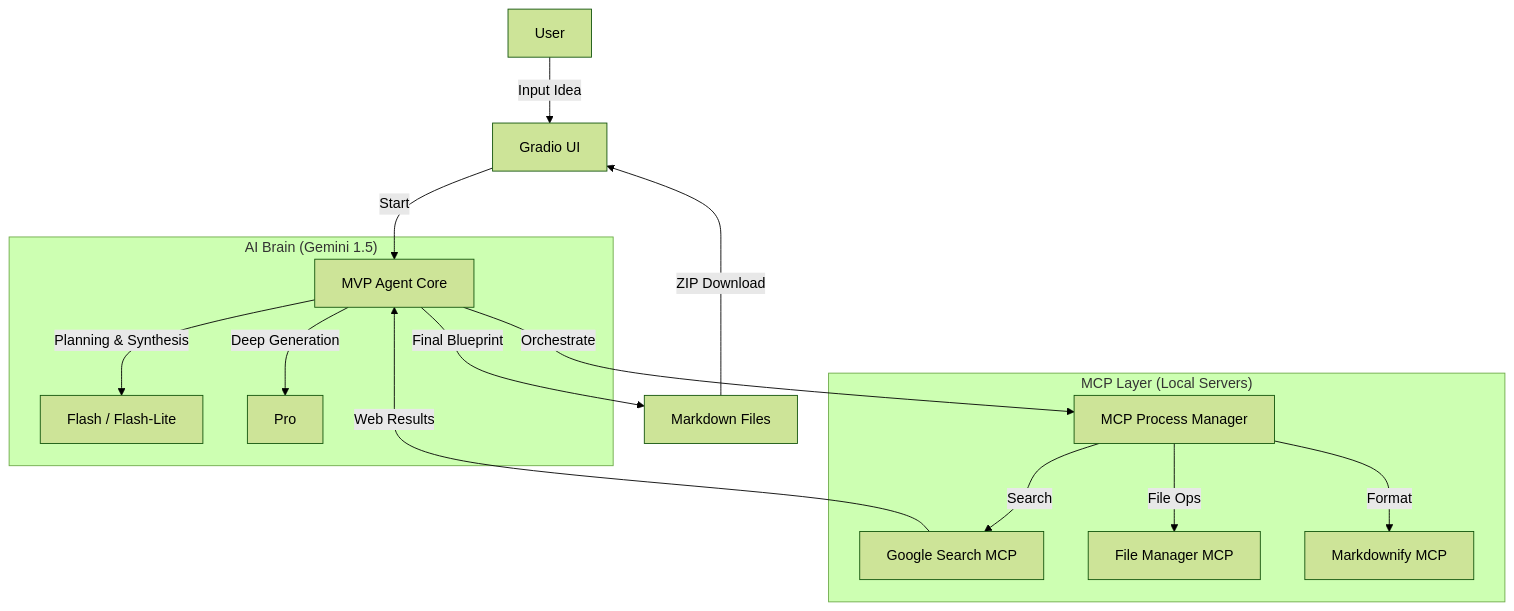
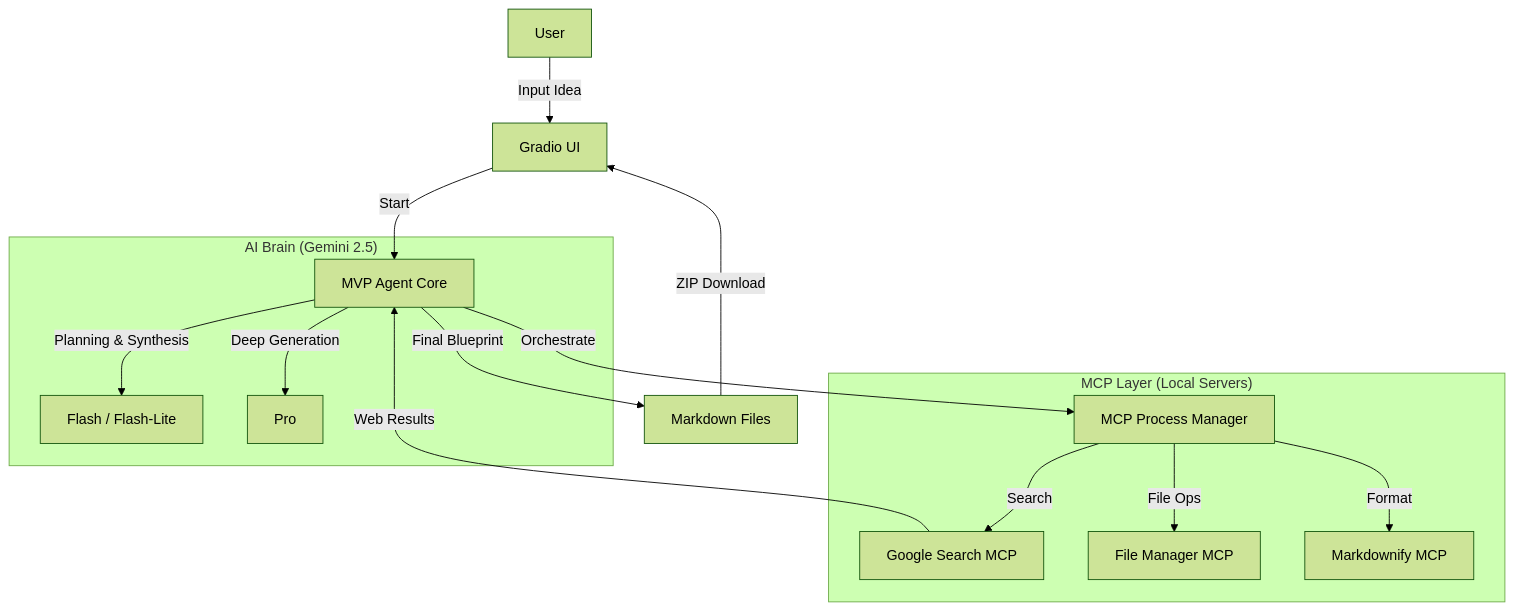
Before and after one commit to furqanahmadrao/MVP-Agent: the diagram in README.md, drawn with Mermaid (forest theme). The commit also changed other lines of this file and 3 other files, not shown here.

````diff
--- a/README.md
+++ b/README.md
@@ -39,21 +41,21 @@
 ```mermaid
 graph TD
     User[User] -->|Input Idea| UI[Gradio UI]
     UI -->|Start| Agent[MVP Agent Core]
     
-    subgraph "AI Brain (Gemini 1.5)"
+    subgraph "AI Brain (Gemini 2.5)"
         Agent -->|Planning & Synthesis| Flash[Flash / Flash-Lite]
         Agent -->|Deep Generation| Pro[Pro]
     end
     
     subgraph "MCP Layer (Local Servers)"
         Agent -->|Orchestrate| Manager[MCP Process Manager]
         Manager -->|Search| SearchMCP[Google Search MCP]
         Manager -->|File Ops| FileMCP[File Manager MCP]
         Manager -->|Format| MdMCP[Markdownify MCP]
     end
     
     SearchMCP -->|Web Results| Agent
     Agent -->|Final Blueprint| Files[Markdown Files]
     Files -->|ZIP Download| UI
 ```
````
